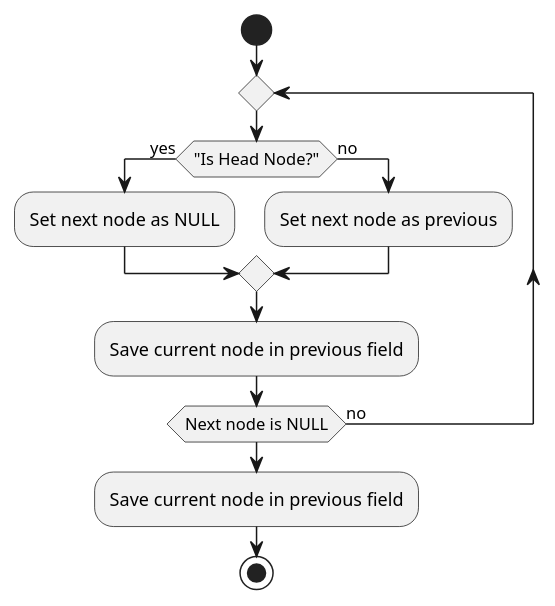
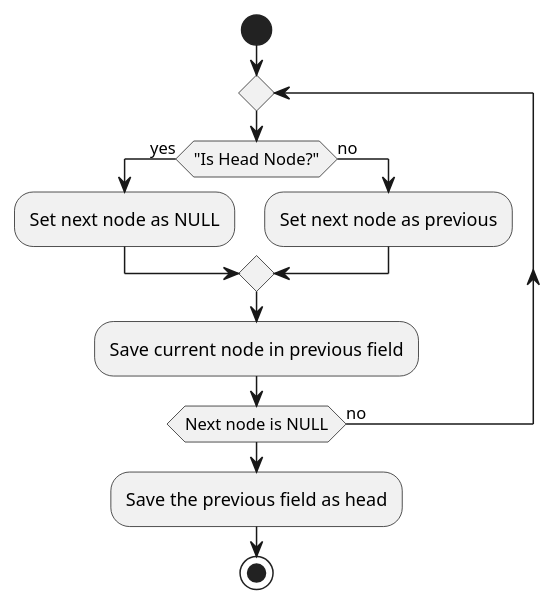
Before and after one commit to ihrupin/algorithms: the diagram in linkedList/Reverse_a_linked_list/diagram.puml, drawn with PlantUML.

Commit message:
improved Reverse Linked List diagram

```diff
--- a/linkedList/Reverse_a_linked_list/diagram.puml
+++ b/linkedList/Reverse_a_linked_list/diagram.puml
@@ -1,20 +1,20 @@
 @startuml
 
 start
 
     repeat
 
         if ("Is Head Node?") then (yes)
             :Set next node as NULL;
         else (no)
             :Set next node as previous;
         endif
         :Save current node in previous field;
 
     repeat while (Next node is NULL) is (no)
 
-    :Save current node in previous field;
+     :Save the previous field as head;
 
 stop
 
 @enduml
```
